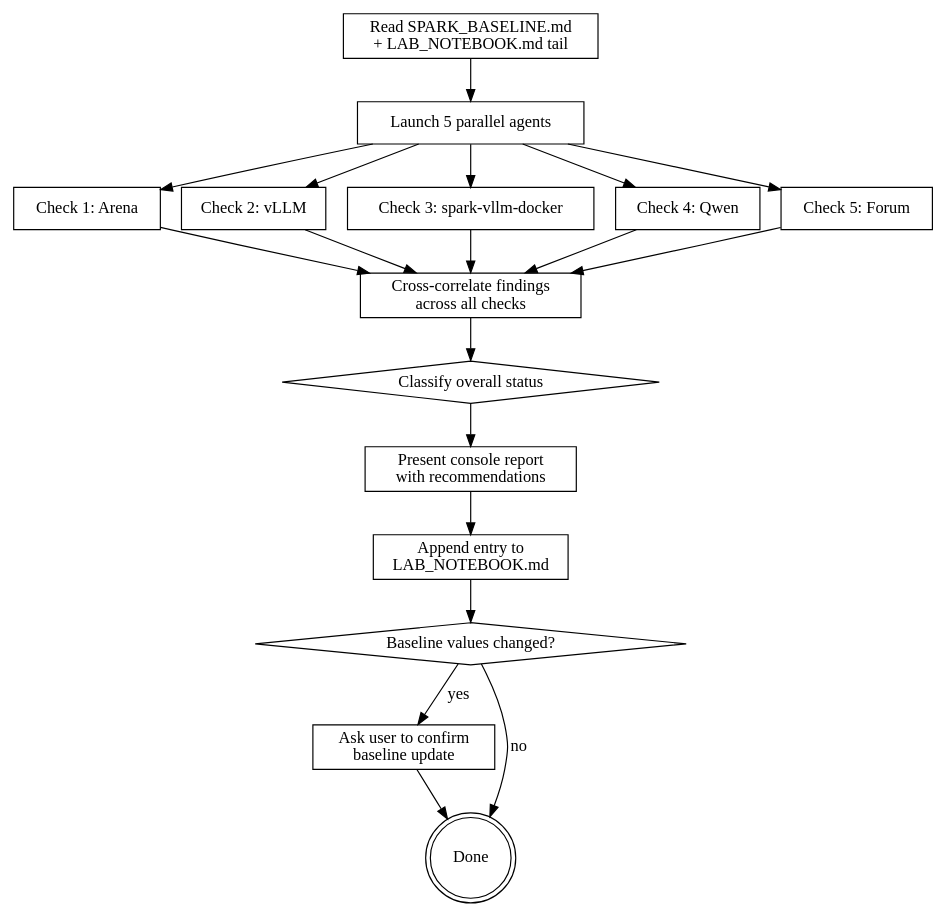
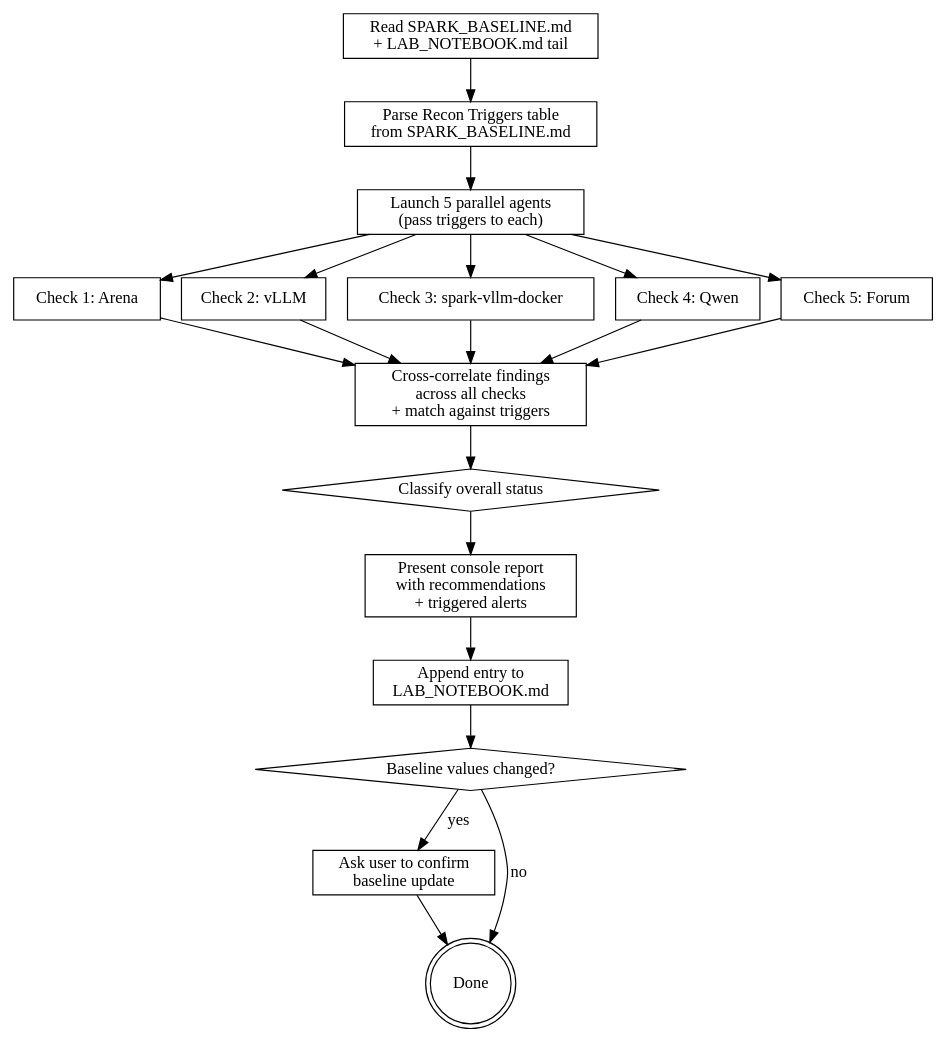
One commit to davistroy/claude-marketplace changed the diagram in plugins/personal-plugin/skills/spark-recon/SKILL.md. Above: the diagram before and after it, drawn with Graphviz. The commit also changed other lines of this file and 1 other file, not shown here.

First line of the commit message:
chore: update error check report, enhance spark-recon with triggers

````diff
--- a/plugins/personal-plugin/skills/spark-recon/SKILL.md
+++ b/plugins/personal-plugin/skills/spark-recon/SKILL.md
@@ -24,38 +24,40 @@
 ```dot
 digraph recon {
   rankdir=TB;
   read [label="Read SPARK_BASELINE.md\n+ LAB_NOTEBOOK.md tail" shape=box];
-  parallel [label="Launch 5 parallel agents" shape=box];
+  triggers [label="Parse Recon Triggers table\nfrom SPARK_BASELINE.md" shape=box];
+  parallel [label="Launch 5 parallel agents\n(pass triggers to each)" shape=box];
   arena [label="Check 1: Arena" shape=box];
   vllm [label="Check 2: vLLM" shape=box];
   svd [label="Check 3: spark-vllm-docker" shape=box];
   qwen [label="Check 4: Qwen" shape=box];
   forum [label="Check 5: Forum" shape=box];
-  cross [label="Cross-correlate findings\nacross all checks" shape=box];
+  cross [label="Cross-correlate findings\nacross all checks\n+ match against triggers" shape=box];
   classify [label="Classify overall status" shape=diamond];
-  report [label="Present console report\nwith recommendations" shape=box];
+  report [label="Present console report\nwith recommendations\n+ triggered alerts" shape=box];
   notebook [label="Append entry to\nLAB_NOTEBOOK.md" shape=box];
   baseline [label="Baseline values changed?" shape=diamond];
   ask [label="Ask user to confirm\nbaseline update" shape=box];
   done [label="Done" shape=doublecircle];
 
-  read -> parallel;
+  read -> triggers;
+  triggers -> parallel;
   parallel -> arena;
   parallel -> vllm;
   parallel -> svd;
   parallel -> qwen;
   parallel -> forum;
   arena -> cross;
   vllm -> cross;
   svd -> cross;
   qwen -> cross;
   forum -> cross;
   cross -> classify;
   classify -> report;
   report -> notebook;
   notebook -> baseline;
   baseline -> ask [label="yes"];
   baseline -> done [label="no"];
   ask -> done;
 }
 ```
````
